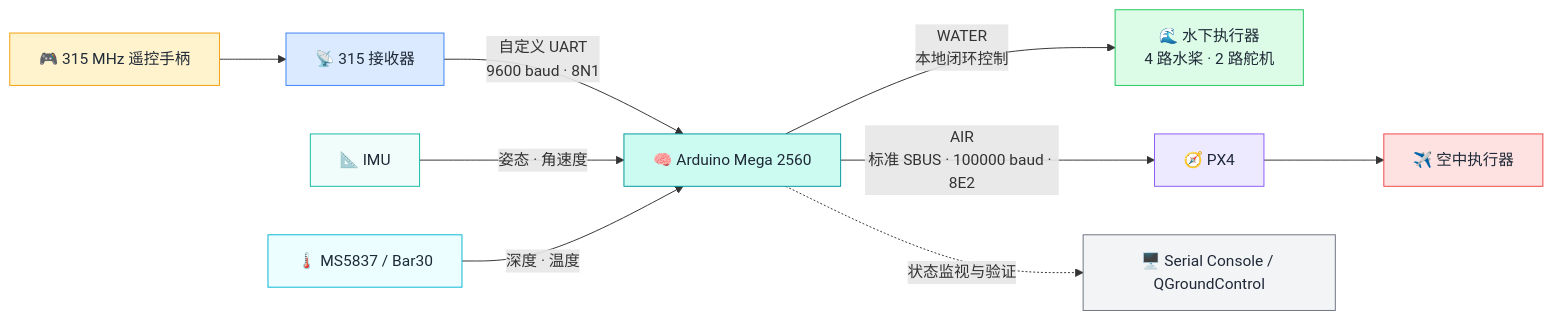
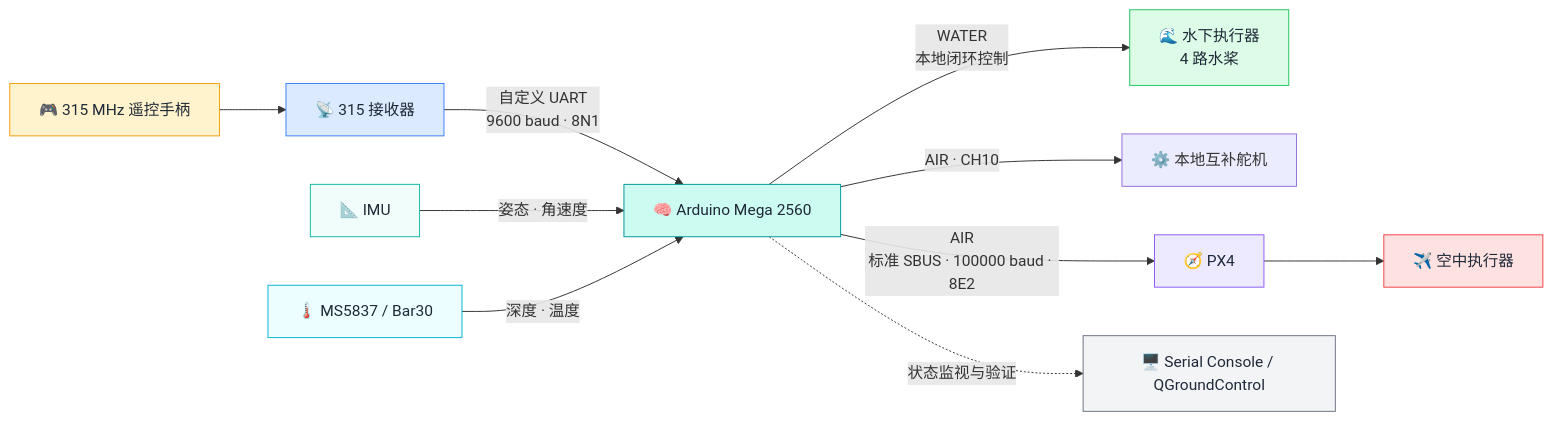
One commit to JIN-FZCH/Hmini_315 changed the first of 2 diagrams in README.md. Above: the diagram before and after it, drawn with Mermaid. The commit also changed other lines of this file and 10 other files, not shown here.

````diff
--- a/README.md
+++ b/README.md
@@ -35,23 +35,24 @@
 ```mermaid
 flowchart LR
     A["🎮 315 MHz 遥控手柄"] --> B["📡 315 接收器"]
     B -->|"自定义 UART<br/>9600 baud · 8N1"| C["🧠 Arduino Mega 2560"]
 
-    C -->|"WATER<br/>本地闭环控制"| W["🌊 水下执行器<br/>4 路水桨 · 2 路舵机"]
+    C -->|"WATER<br/>本地闭环控制"| W["🌊 水下执行器<br/>4 路水桨"]
+    C -->|"AIR · CH10"| S["⚙️ 本地互补舵机"]
     C -->|"AIR<br/>标准 SBUS · 100000 baud · 8E2"| D["🧭 PX4"]
     D --> F["✈️ 空中执行器"]
 
     I["📐 IMU"] -->|"姿态 · 角速度"| C
     P["🌡️ MS5837 / Bar30"] -->|"深度 · 温度"| C
     C -.->|"状态监视与验证"| Q["🖥️ Serial Console / QGroundControl"]
 
     style A fill:#fff3cd,stroke:#f59e0b,color:#1f2937
     style B fill:#dbeafe,stroke:#3b82f6,color:#1f2937
     style C fill:#ccfbf1,stroke:#00979d,color:#1f2937
     style W fill:#dcfce7,stroke:#22c55e,color:#1f2937
     style D fill:#ede9fe,stroke:#8b5cf6,color:#1f2937
     style F fill:#fee2e2,stroke:#ef4444,color:#1f2937
     style I fill:#f0fdfa,stroke:#14b8a6,color:#1f2937
     style P fill:#ecfeff,stroke:#06b6d4,color:#1f2937
     style Q fill:#f3f4f6,stroke:#6b7280,color:#1f2937
 ```
````
